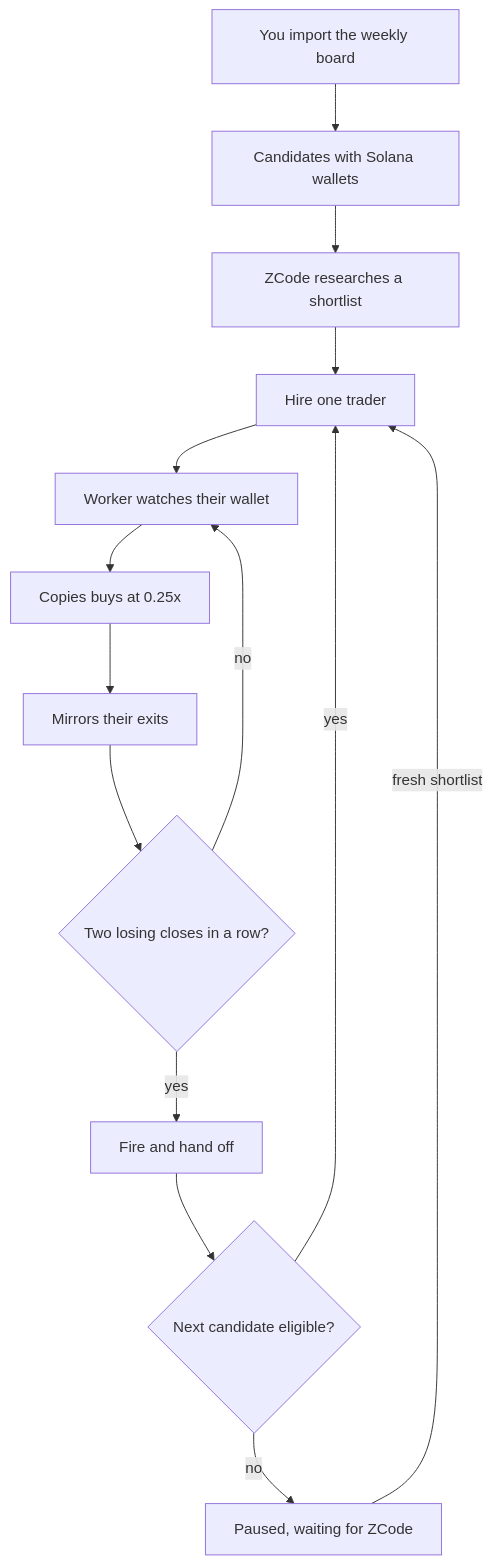
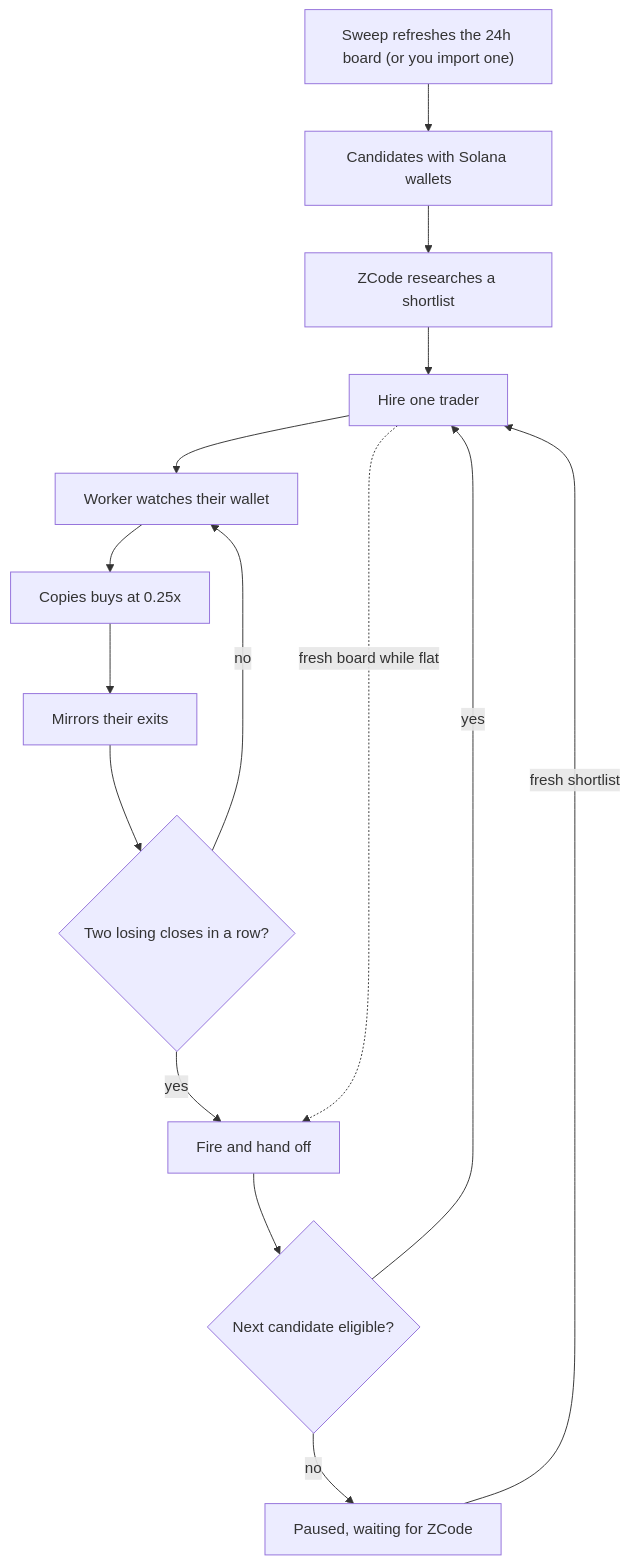
One commit to RuneL89/zcode-copytrade-bot changed the diagram in docs/diagrams/copy-loop-overview.mmd. Above: the diagram before and after it, drawn with Mermaid. The commit also changed 34 other files, not shown here.

```diff
--- a/docs/diagrams/copy-loop-overview.mmd
+++ b/docs/diagrams/copy-loop-overview.mmd
@@ -1,15 +1,16 @@
 %% Render: ~/.zcode/tools/mermaid-render/render.sh -i copy-loop-overview.mmd -o ../images/copy-loop-overview.png -b white -s 2 -w 1600
 flowchart TD
-    A["You import the weekly board"] --> B["Candidates with Solana wallets"]
+    A["Sweep refreshes the 24h board (or you import one)"] --> B["Candidates with Solana wallets"]
     B --> C["ZCode researches a shortlist"]
     C --> D["Hire one trader"]
     D --> E["Worker watches their wallet"]
     E --> F["Copies buys at 0.25x"]
     F --> G["Mirrors their exits"]
     G --> H{"Two losing closes in a row?"}
     H -->|no| E
     H -->|yes| I["Fire and hand off"]
+    D -.->|fresh board while flat| I
     I --> J{"Next candidate eligible?"}
     J -->|yes| D
     J -->|no| K["Paused, waiting for ZCode"]
     K -->|fresh shortlist| D
```
